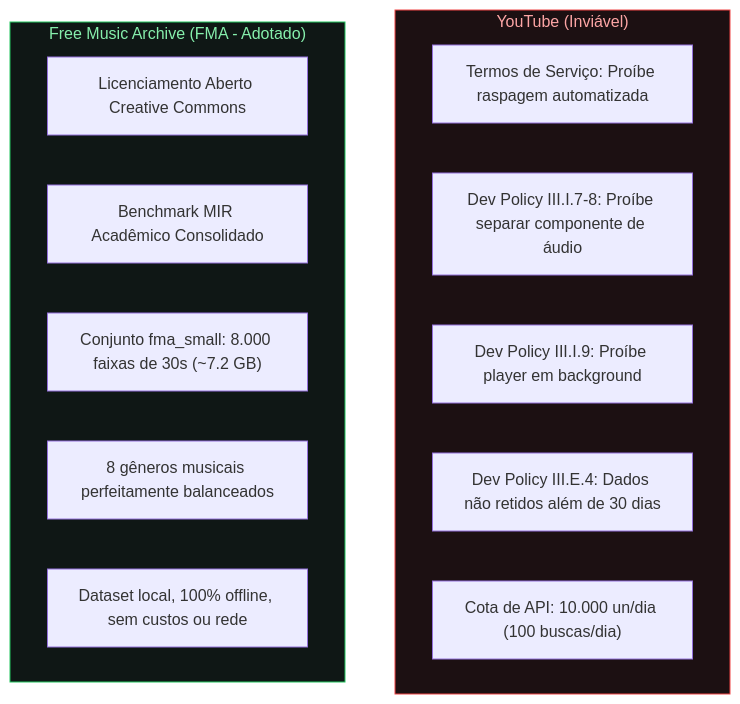
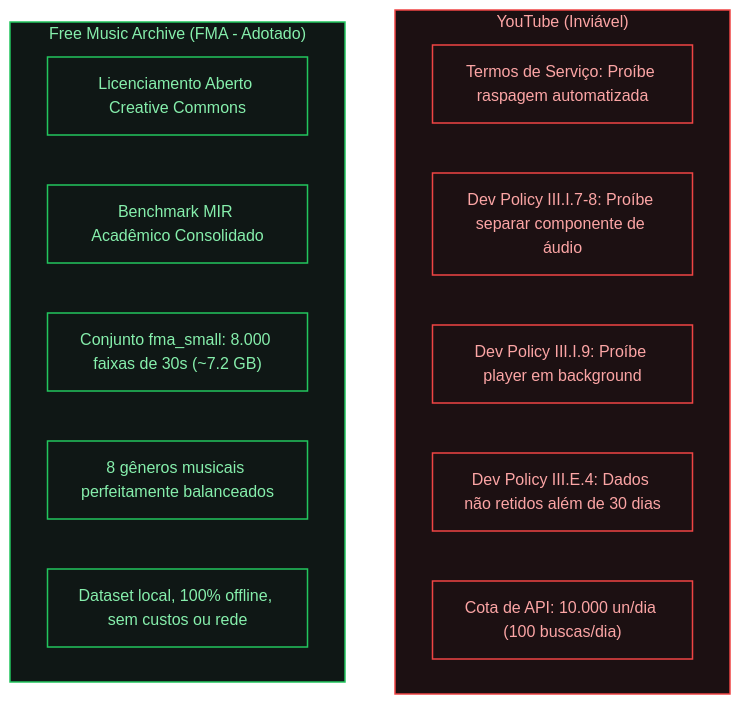
Before and after one commit to Oseiasdfarias/youfy: the first of 4 diagrams in docs/arquitetura/decisoes.md, drawn with Mermaid. The commit also changed other lines of this file and 2 other files, not shown here.

Commit message:
style(docs): compatibiliza diagramas mermaid com o tema light em todas as paginas

````diff
--- a/docs/arquitetura/decisoes.md
+++ b/docs/arquitetura/decisoes.md
@@ -11,21 +11,23 @@
 ```mermaid
 flowchart TD
     subgraph S_YT["YouTube (Inviável)"]
         YT1["Termos de Serviço: Proíbe raspagem automatizada"]
         YT2["Dev Policy III.I.7-8: Proíbe separar componente de áudio"]
         YT3["Dev Policy III.I.9: Proíbe player em background"]
         YT4["Dev Policy III.E.4: Dados não retidos além de 30 dias"]
         YT5["Cota de API: 10.000 un/dia (100 buscas/dia)"]
     end
 
     subgraph S_FMA["Free Music Archive (FMA - Adotado)"]
         FMA1["Licenciamento Aberto Creative Commons"]
         FMA2["Benchmark MIR Acadêmico Consolidado"]
         FMA3["Conjunto fma_small: 8.000 faixas de 30s (~7.2 GB)"]
         FMA4["8 gêneros musicais perfeitamente balanceados"]
         FMA5["Dataset local, 100% offline, sem custos ou rede"]
     end
 
-    style S_YT fill:#1c1012,stroke:#ef4444,color:#fca5a5
-    style S_FMA fill:#0f1715,stroke:#22c55e,color:#86efac
+    classDef ytStyle fill:#1c1012,stroke:#ef4444,stroke-width:1.5px,color:#fca5a5;
+    classDef fmaStyle fill:#0f1715,stroke:#22c55e,stroke-width:1.5px,color:#86efac;
+    class S_YT,YT1,YT2,YT3,YT4,YT5 ytStyle;
+    class S_FMA,FMA1,FMA2,FMA3,FMA4,FMA5 fmaStyle;
 ```
````
